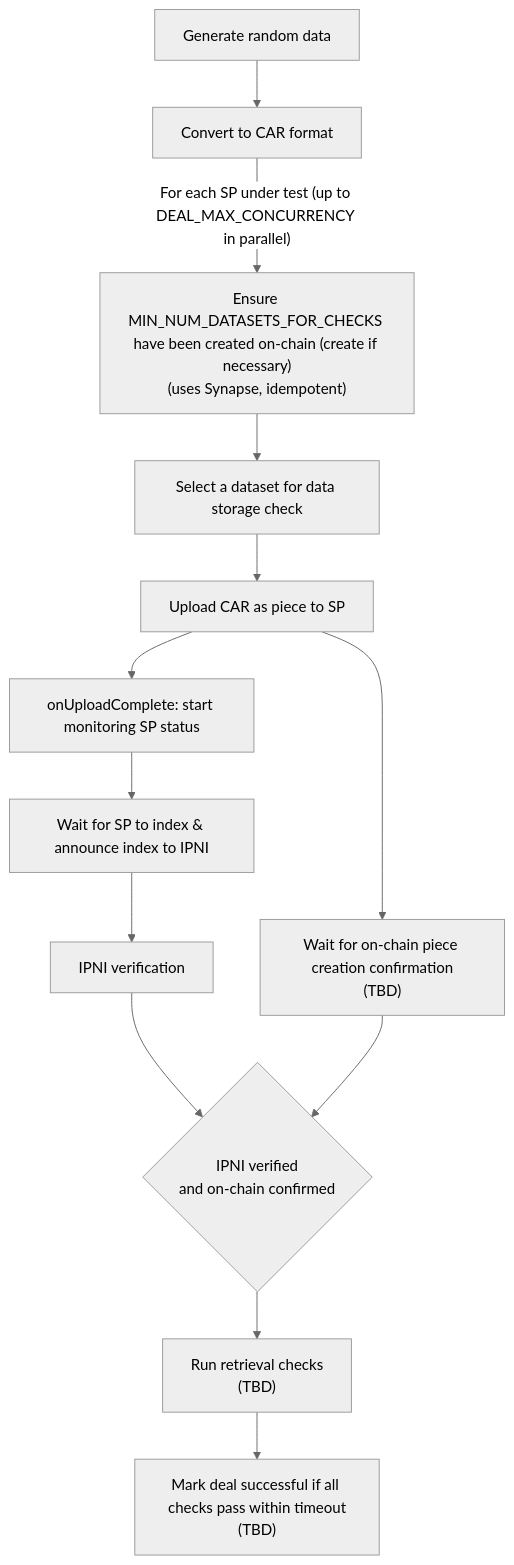
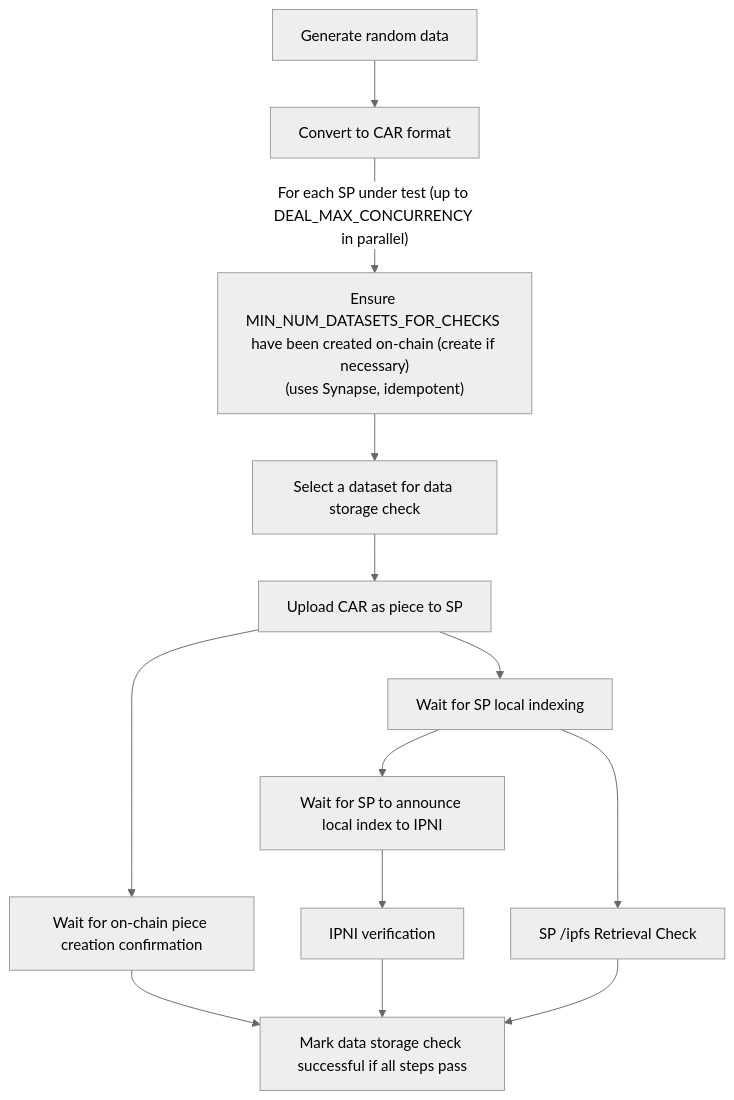
Before and after one commit to FilOzone/dealbot: the first of 2 diagrams in docs/checks/data-storage.md, drawn with Mermaid (neutral theme). The commit also changed other lines of this file and 2 other files, not shown here.

````diff
--- a/docs/checks/data-storage.md
+++ b/docs/checks/data-storage.md
@@ -47,15 +47,15 @@
 ```mermaid
 flowchart TD
-  A["Generate random data"] --> B["Convert to CAR format"]
-  B -- "For each SP under test (up to DEAL_MAX_CONCURRENCY in parallel)" --> D["Ensure MIN_NUM_DATASETS_FOR_CHECKS have been created on-chain (create if necessary)<br/>(uses Synapse, idempotent)"]
-  D --> E["Select a dataset for data storage check"]
-  E --> F["Upload CAR as piece to SP"]
-  F --> G["onUploadComplete: start monitoring SP status"]
-  G --> H["Wait for SP to index & announce index to IPNI"]
-  H --> I["IPNI verification"]
-  F --> J["Wait for on-chain piece creation confirmation<br/>(TBD)"]
-  I --> K{IPNI verified<br/>and on-chain confirmed}
-  J --> K
-  K --> L["Run retrieval checks<br/>(TBD)"]
-  L --> M["Mark deal successful if all checks pass within timeout<br/>(TBD)"]
+  GenerateData["Generate random data"] --> CreateCar["Convert to CAR format"]
+  CreateCar -- "For each SP under test (up to DEAL_MAX_CONCURRENCY in parallel)" --> CreateDataSets["Ensure MIN_NUM_DATASETS_FOR_CHECKS have been created on-chain (create if necessary)<br/>(uses Synapse, idempotent)"]
+  CreateDataSets --> SelectDataSet["Select a dataset for data storage check"]
+  SelectDataSet --> Upload["Upload CAR as piece to SP"]
+  Upload --> Chain["Wait for on-chain piece creation confirmation"]
+  Upload --> LocalIndex["Wait for SP local indexing"]
+  LocalIndex --> IpniAnnouncement["Wait for SP to announce local index to IPNI"]
+  IpniAnnouncement --> IpniVerification["IPNI verification"]
+  LocalIndex --> IpfsRetrieval["SP /ipfs Retrieval Check"]
+  Chain --> CheckResults["Mark data storage check successful if all steps pass"]
+  IpniVerification --> CheckResults
+  IpfsRetrieval --> CheckResults
 ```
````
